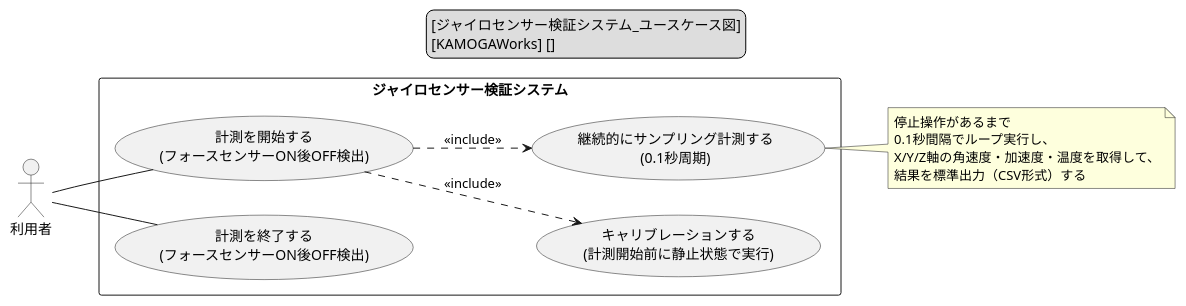
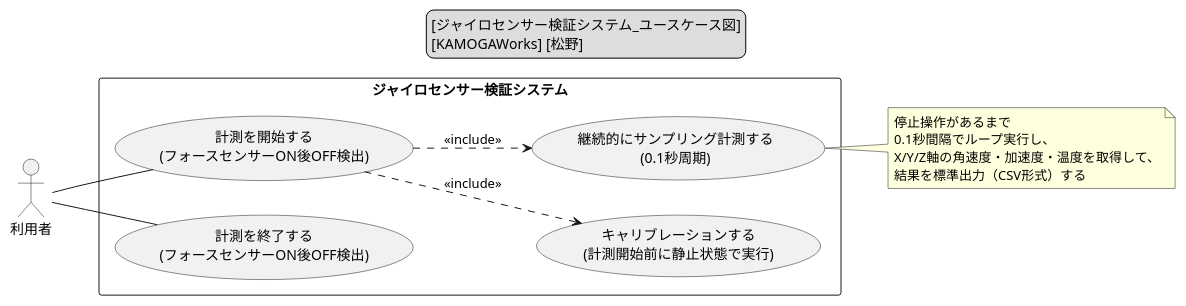
The diagram in ジャイロセンサー検証システム_ユースケース図.puml (Matsuno0412/Gyro-sensor-System), drawn with PlantUML before and after one commit. The commit also changed 4 other files, not shown here.

```diff
--- a/ジャイロセンサー検証システム_ユースケース図.puml
+++ b/ジャイロセンサー検証システム_ユースケース図.puml
@@ -1,35 +1,35 @@
 @startuml ジャイロセンサー検証システム_ユースケース図
 
 legend top
 [ジャイロセンサー検証システム_ユースケース図]
-[KAMOGAWorks] []
+[KAMOGAWorks] [松野]
 endlegend
 
 left to right direction
 skinparam shadowing false
 
 actor "利用者" as User
 
 rectangle "ジャイロセンサー検証システム" {
   usecase "計測を開始する\n(フォースセンサーON後OFF検出)" as UC_start
   usecase "キャリブレーションする\n(計測開始前に静止状態で実行)" as UC_calibrate
   usecase "継続的にサンプリング計測する\n(0.1秒周期)" as UC_measure
   usecase "計測を終了する\n(フォースセンサーON後OFF検出)" as UC_stop
 }
 
 ' 利用者の操作とシステムの主目的
 User -- UC_start
 User -- UC_stop
 
 ' 内部の主要なつながり
 UC_start ..> UC_calibrate : <<include>>
 UC_start ..> UC_measure : <<include>>
 
 note right of UC_measure
   停止操作があるまで
   0.1秒間隔でループ実行し、
   X/Y/Z軸の角速度・加速度・温度を取得して、
   結果を標準出力（CSV形式）する
 end note
 
 @enduml
```
